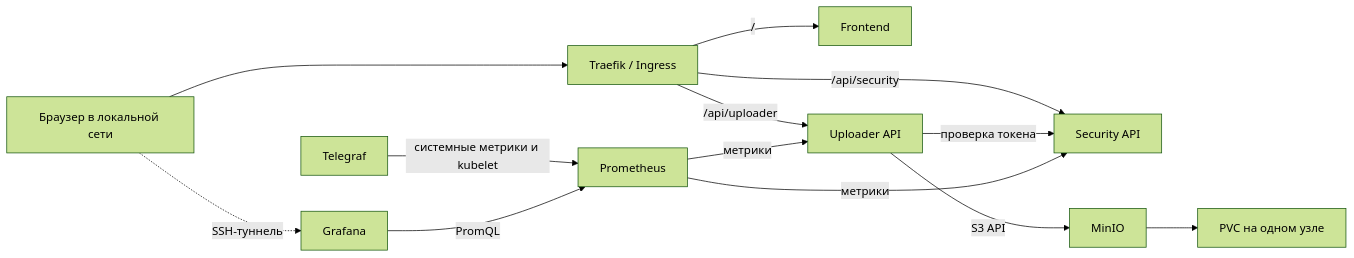
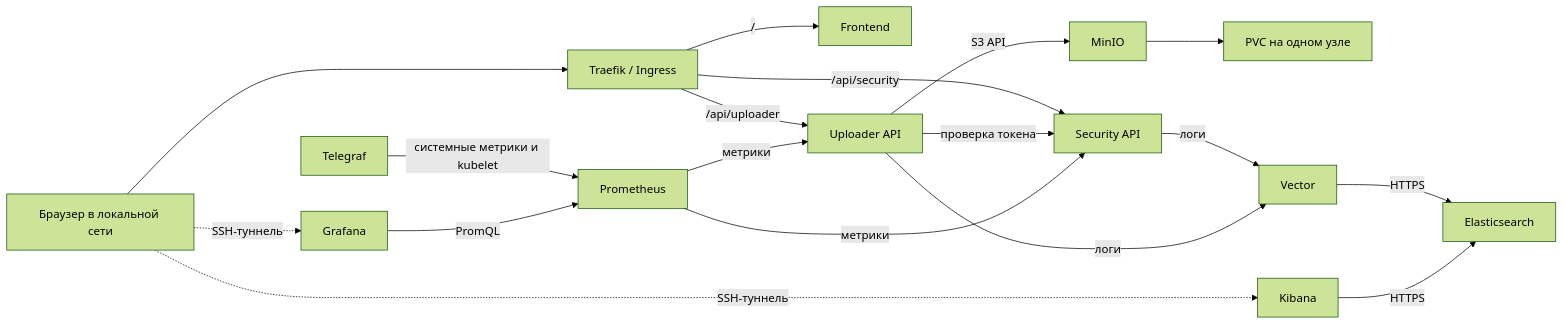
The diagram in README.md (Folau1/microservices-observability), drawn with Mermaid (forest theme) before and after one commit. The commit also changed other lines of this file and 1 other file, not shown here.

````diff
--- a/README.md
+++ b/README.md
@@ -13,15 +13,20 @@
 ```mermaid
 flowchart LR
     browser[Браузер в локальной сети] --> gateway[Traefik / Ingress]
     gateway -->|/| front[Frontend]
     gateway -->|/api/security| security[Security API]
     gateway -->|/api/uploader| uploader[Uploader API]
     uploader -->|проверка токена| security
     uploader -->|S3 API| minio[MinIO]
     minio --> pvc[PVC на одном узле]
     telegraf[Telegraf] -->|системные метрики и kubelet| prometheus[Prometheus]
     prometheus -->|метрики| security
     prometheus -->|метрики| uploader
     grafana[Grafana] -->|PromQL| prometheus
     browser -. SSH-туннель .-> grafana
+    security -->|логи| vector[Vector]
+    uploader -->|логи| vector
+    vector -->|HTTPS| elasticsearch[Elasticsearch]
+    kibana[Kibana] -->|HTTPS| elasticsearch
+    browser -. SSH-туннель .-> kibana
 ```
````
